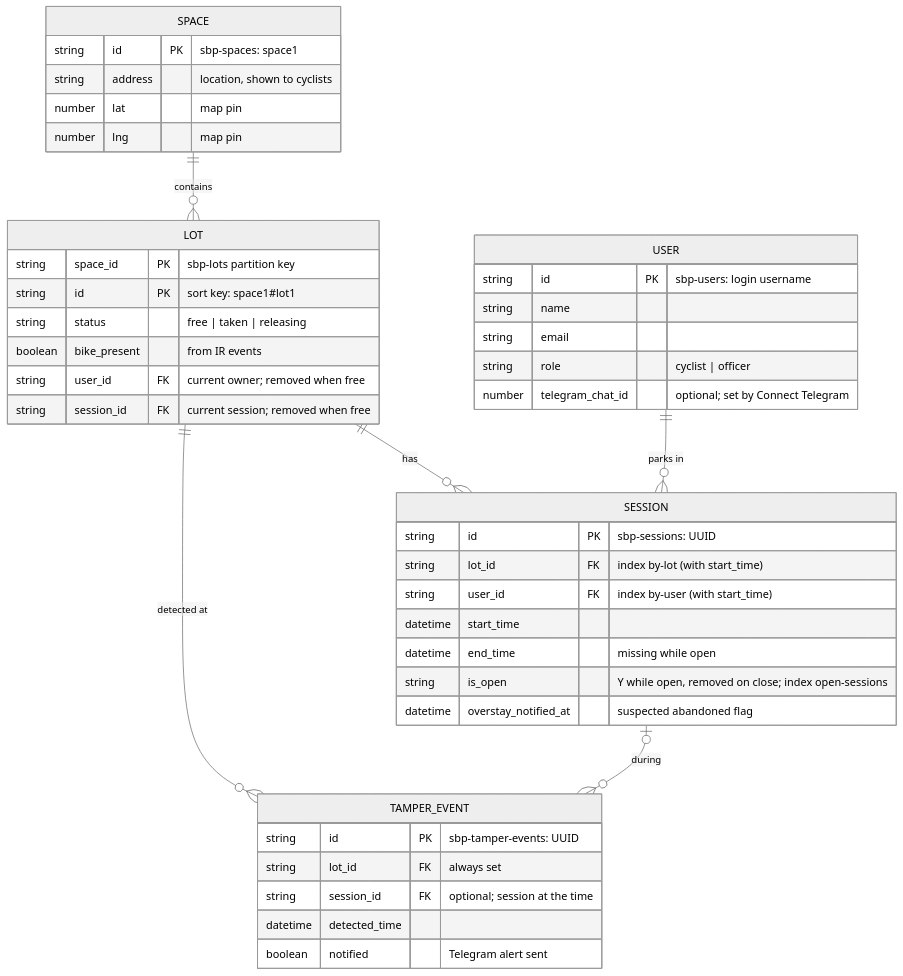
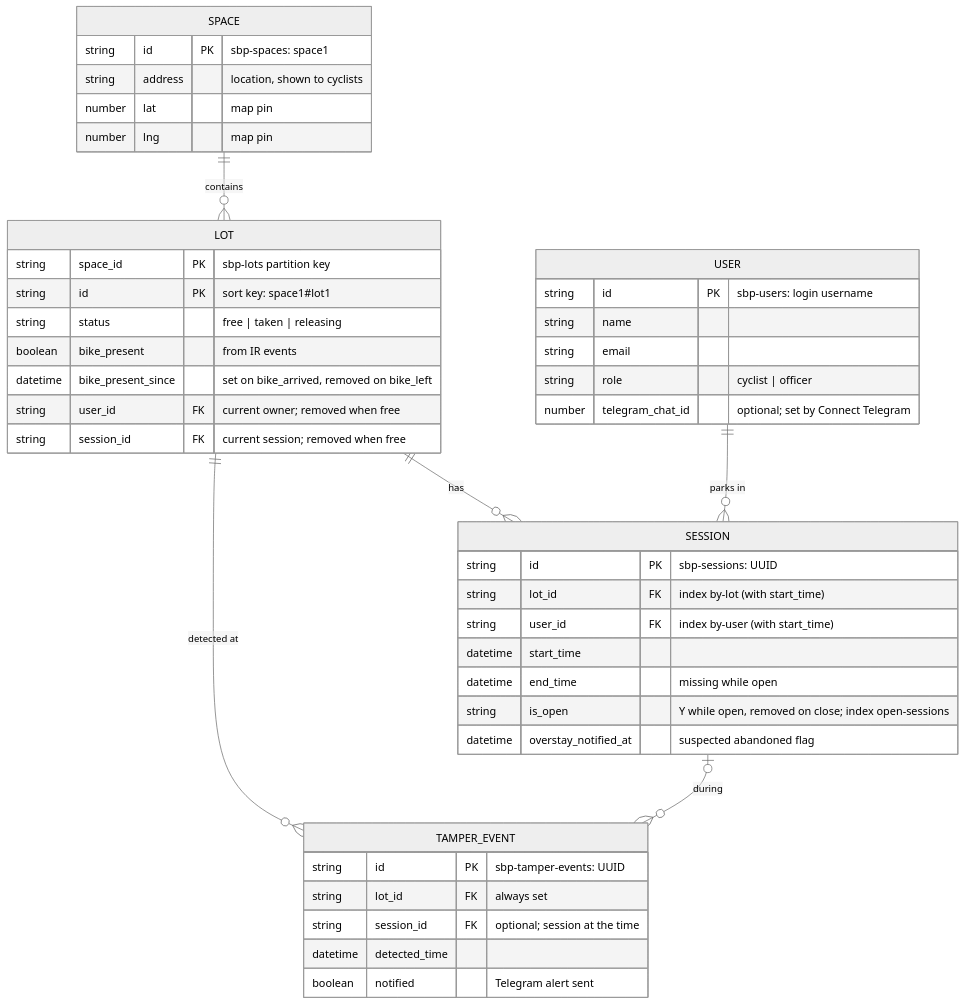
Before and after one commit to realestzeyu/smart-bike-parking: the diagram in docs/agreed-names-and-formats.md, drawn with Mermaid (neutral theme). The commit also changed other lines of this file and 3 other files, not shown here.

Commit message:
changed the schema and added the mermaid diagrams

````diff
--- a/docs/agreed-names-and-formats.md
+++ b/docs/agreed-names-and-formats.md
@@ -49,46 +53,47 @@
 ```mermaid
 erDiagram
     SPACE ||--o{ LOT : contains
     LOT ||--o{ SESSION : has
     USER ||--o{ SESSION : "parks in"
     LOT ||--o{ TAMPER_EVENT : "detected at"
     SESSION |o--o{ TAMPER_EVENT : "during"
 
     SPACE {
         string id PK "sbp-spaces: space1"
         string address "location, shown to cyclists"
         number lat "map pin"
         number lng "map pin"
     }
     LOT {
         string space_id PK "sbp-lots partition key"
         string id PK "sort key: space1#lot1"
         string status "free | taken | releasing"
         boolean bike_present "from IR events"
+        datetime bike_present_since "set on bike_arrived, removed on bike_left"
         string user_id FK "current owner; removed when free"
         string session_id FK "current session; removed when free"
     }
     USER {
         string id PK "sbp-users: login username"
         string name
         string email
         string role "cyclist | officer"
         number telegram_chat_id "optional; set by Connect Telegram"
     }
     SESSION {
         string id PK "sbp-sessions: UUID"
         string lot_id FK "index by-lot (with start_time)"
         string user_id FK "index by-user (with start_time)"
         datetime start_time
         datetime end_time "missing while open"
         string is_open "Y while open, removed on close; index open-sessions"
         datetime overstay_notified_at "suspected abandoned flag"
     }
     TAMPER_EVENT {
         string id PK "sbp-tamper-events: UUID"
         string lot_id FK "always set"
         string session_id FK "optional; session at the time"
         datetime detected_time
         boolean notified "Telegram alert sent"
     }
 ```
````
